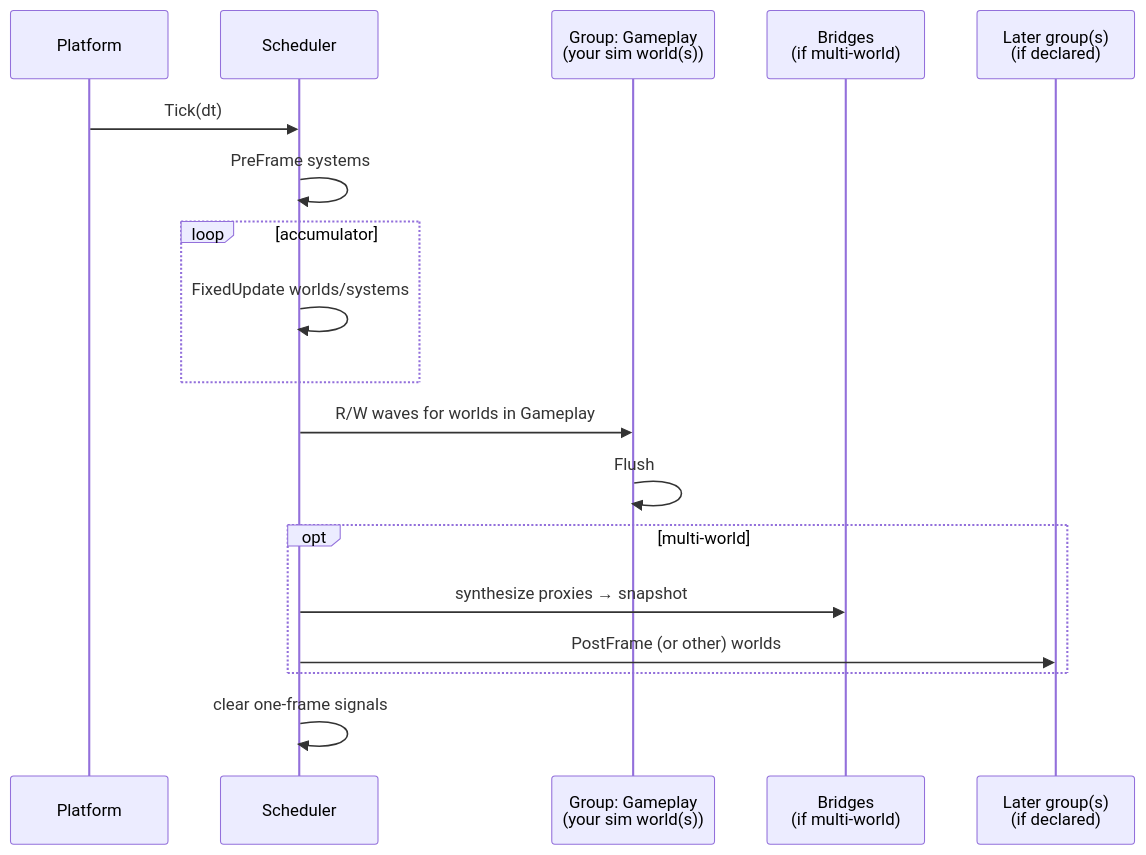
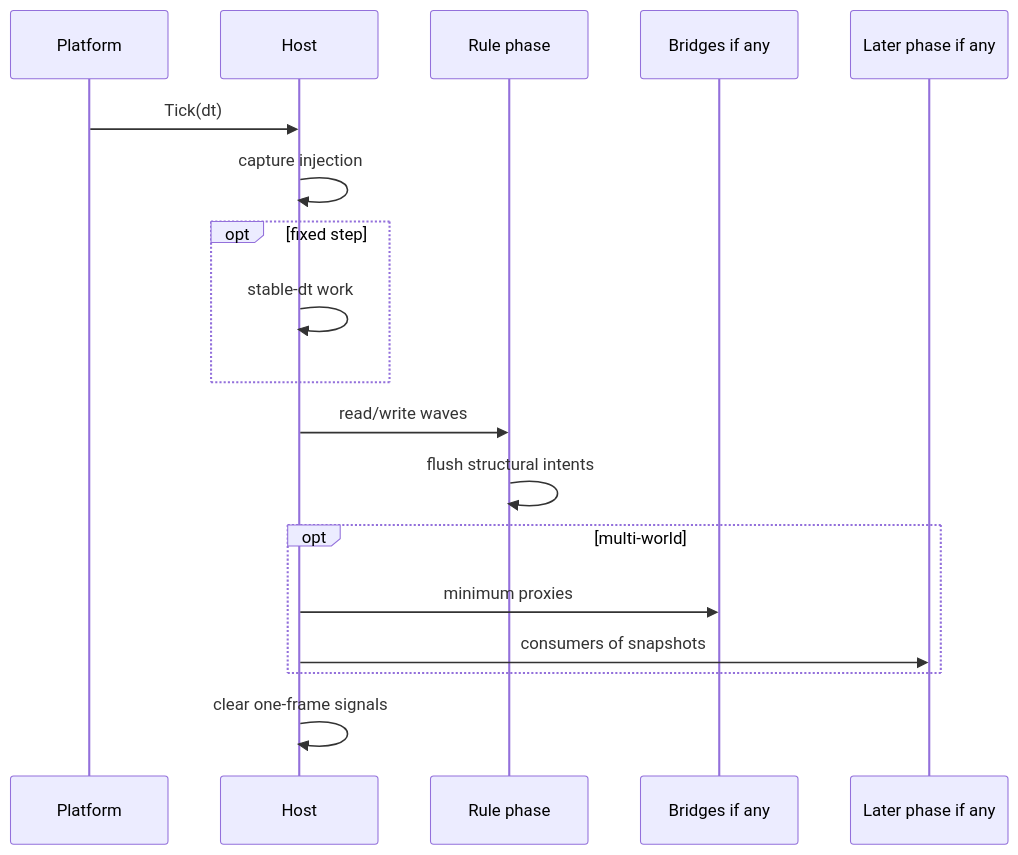
One commit to fm39hz/fm39hz-blogs changed the fourth of 4 diagrams in src/content/articles/another-way-to-think-about-game-architecture.md. Above: the diagram before and after it, drawn with Mermaid. The commit also changed other lines of this file, not shown here.

````diff
--- a/src/content/articles/another-way-to-think-about-game-architecture.md
+++ b/src/content/articles/another-way-to-think-about-game-architecture.md
@@ -676,21 +181,21 @@
 ```mermaid
 sequenceDiagram
     participant Platform
-    participant Sched as Scheduler
-    participant G as Group: Gameplay<br/>(your sim world(s))
-    participant Br as Bridges<br/>(if multi-world)
-    participant P as Later group(s)<br/>(if declared)
+    participant Host
+    participant Rule as Rule phase
+    participant Bridge as Bridges if any
+    participant Late as Later phase if any
 
-    Platform->>Sched: Tick(dt)
-    Sched->>Sched: PreFrame systems
-    loop accumulator
-        Sched->>Sched: FixedUpdate worlds/systems
+    Platform->>Host: Tick(dt)
+    Host->>Host: capture injection
+    opt fixed step
+        Host->>Host: stable-dt work
     end
-    Sched->>G: R/W waves for worlds in Gameplay
-    G->>G: Flush
+    Host->>Rule: read/write waves
+    Rule->>Rule: flush structural intents
     opt multi-world
-        Sched->>Br: synthesize proxies → snapshot
-        Sched->>P: PostFrame (or other) worlds
+        Host->>Bridge: minimum proxies
+        Host->>Late: consumers of snapshots
     end
-    Sched->>Sched: clear one-frame signals
+    Host->>Host: clear one-frame signals
 ```
````
